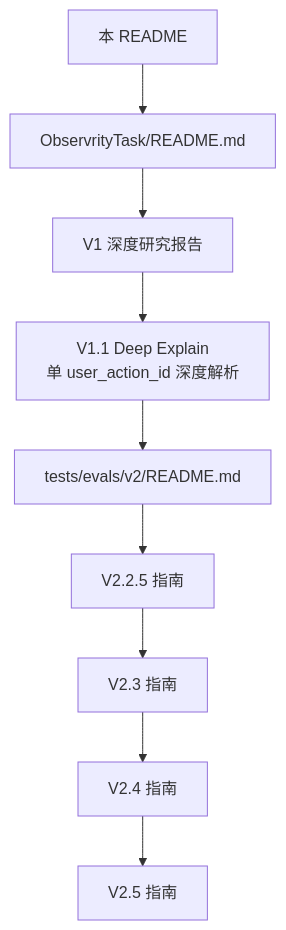
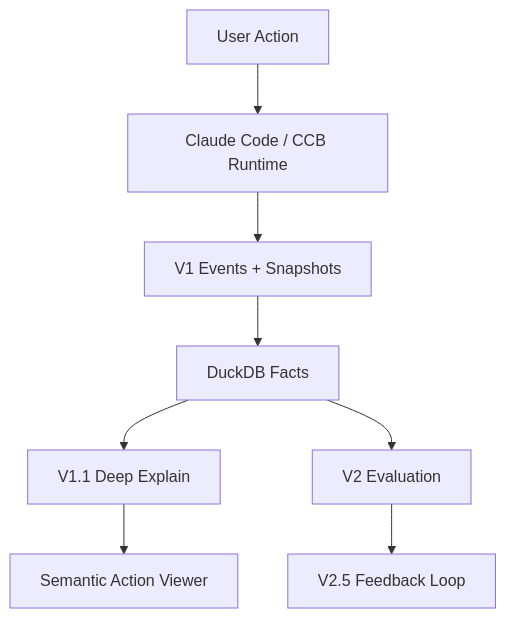
One commit to Bob10492/claude-code-transparent changed the diagram in README.md. Above: the diagram before and after it, drawn with Mermaid. The commit also changed other lines of this file, not shown here.

Commit message:
Highlight semantic action viewer in README

````diff
--- a/README.md
+++ b/README.md
@@ -632,11 +83,10 @@
 ```mermaid
-flowchart TD
-  A[本 README] --> B[ObservrityTask/README.md]
-  B --> C[V1 深度研究报告]
-  C --> D[V1.1 Deep Explain<br/>单 user_action_id 深度解析]
-  D --> E[tests/evals/v2/README.md]
-  E --> F[V2.2.5 指南]
-  F --> G[V2.3 指南]
-  G --> H[V2.4 指南]
-  H --> I[V2.5 指南]
+flowchart TB
+  U[User Action] --> R[Claude Code / CCB Runtime]
+  R --> E[V1 Events + Snapshots]
+  E --> D[DuckDB Facts]
+  D --> X[V1.1 Deep Explain]
+  X --> V[Semantic Action Viewer]
+  D --> B[V2 Evaluation]
+  B --> F[V2.5 Feedback Loop]
 ```
````
